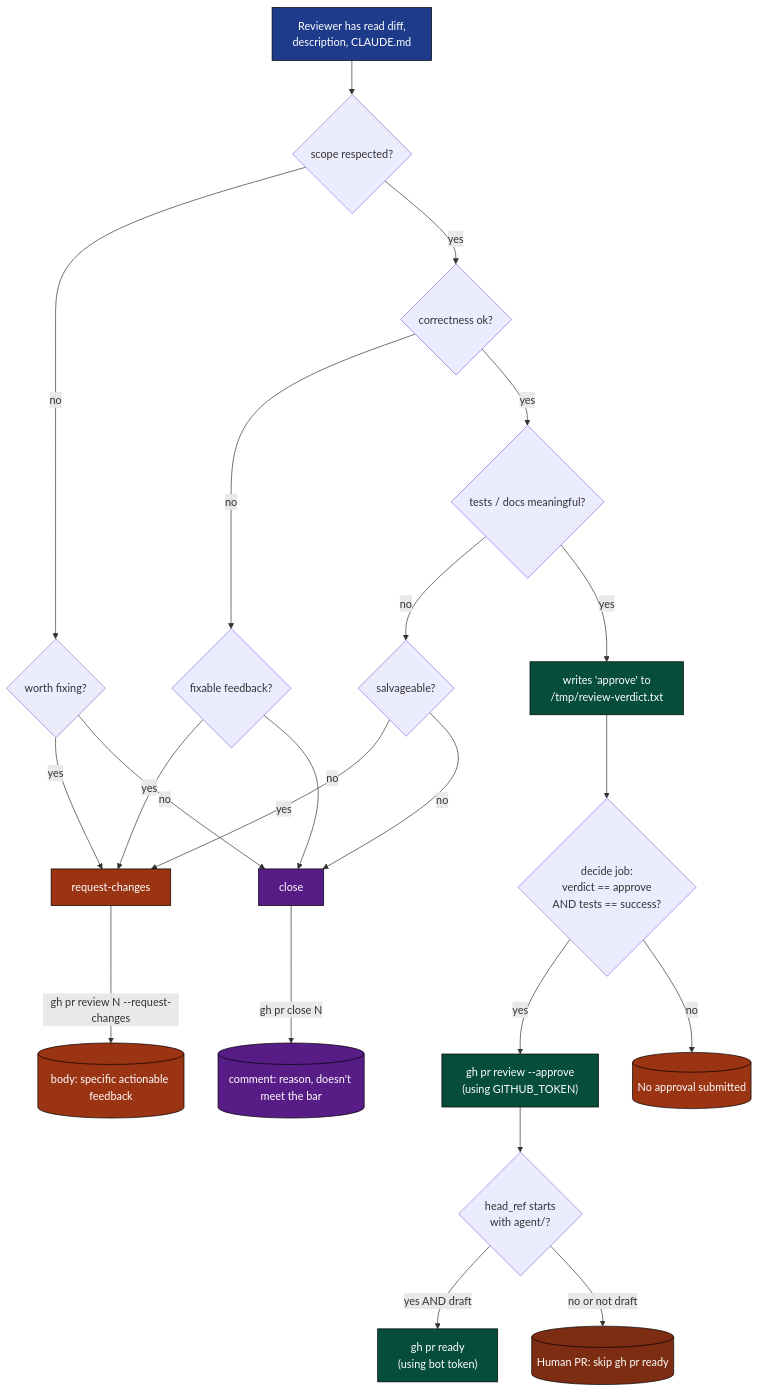
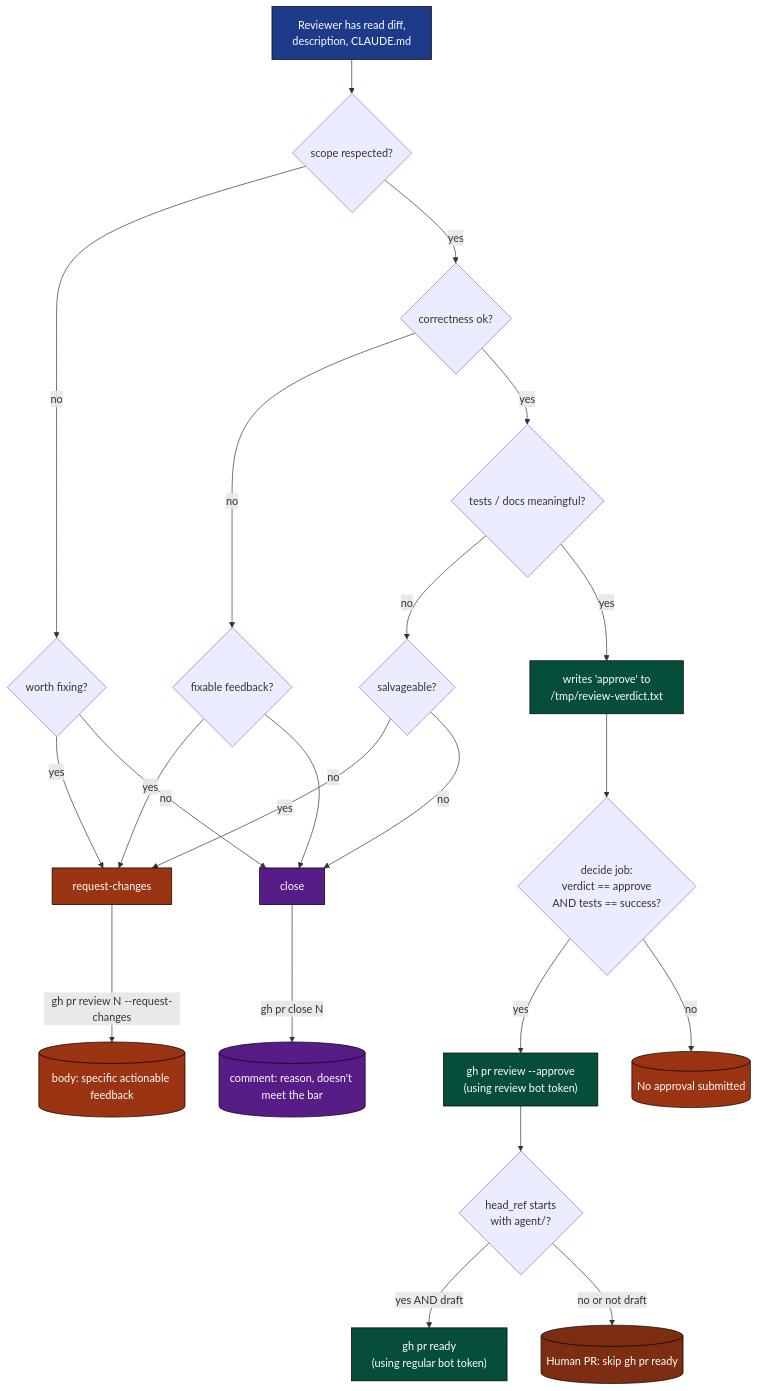
Before and after one commit to gregreindel/llm-exe: the eighth of 12 diagrams in .github/docs/AGENT_REVIEW_PR_DEEP_DIVE.md, drawn with Mermaid. The commit also changed other lines of this file and 2 other files, not shown here.

Commit message:
use review bot in workflows

````diff
--- a/.github/docs/AGENT_REVIEW_PR_DEEP_DIVE.md
+++ b/.github/docs/AGENT_REVIEW_PR_DEEP_DIVE.md
@@ -390,37 +396,37 @@
 ```mermaid
 flowchart TB
     classDef start fill:#1e3a8a,color:#fff,stroke:#000
     classDef dec fill:#7c2d12,color:#fff,stroke:#000
     classDef good fill:#064e3b,color:#fff,stroke:#000
     classDef bad fill:#9a3412,color:#fff,stroke:#000
     classDef close fill:#581c87,color:#fff,stroke:#000
 
     A["Reviewer has read diff,\ndescription, CLAUDE.md"]:::start
     A --> B{scope respected?}
     B -->|no| Q1{worth fixing?}
     B -->|yes| C{correctness ok?}
 
     C -->|no| Q2{fixable feedback?}
     C -->|yes| D{tests / docs meaningful?}
 
     D -->|no| Q3{salvageable?}
     D -->|yes| E["writes 'approve' to\n/tmp/review-verdict.txt"]:::good
 
     Q1 -->|yes| F[request-changes]:::bad
     Q1 -->|no| G[close]:::close
     Q2 -->|yes| F
     Q2 -->|no| G
     Q3 -->|yes| F
     Q3 -->|no| G
 
     E --> DC{"decide job:\nverdict == approve\nAND tests == success?"}
-    DC -->|yes| OutA["gh pr review --approve\n(using GITHUB_TOKEN)"]:::good
+    DC -->|yes| OutA["gh pr review --approve\n(using review bot token)"]:::good
     DC -->|no| OutN[("No approval submitted")]:::bad
 
     OutA --> agent_pr{head_ref starts\nwith agent/?}
-    agent_pr -->|yes AND draft| OutR["gh pr ready\n(using bot token)"]:::good
+    agent_pr -->|yes AND draft| OutR["gh pr ready\n(using regular bot token)"]:::good
     agent_pr -->|no or not draft| OutH[("Human PR: skip gh pr ready")]:::dec
 
     F -->|gh pr review N --request-changes| OutB[("body: specific actionable feedback")]:::bad
     G -->|gh pr close N| OutC[("comment: reason, doesn't meet the bar")]:::close
 ```
````
